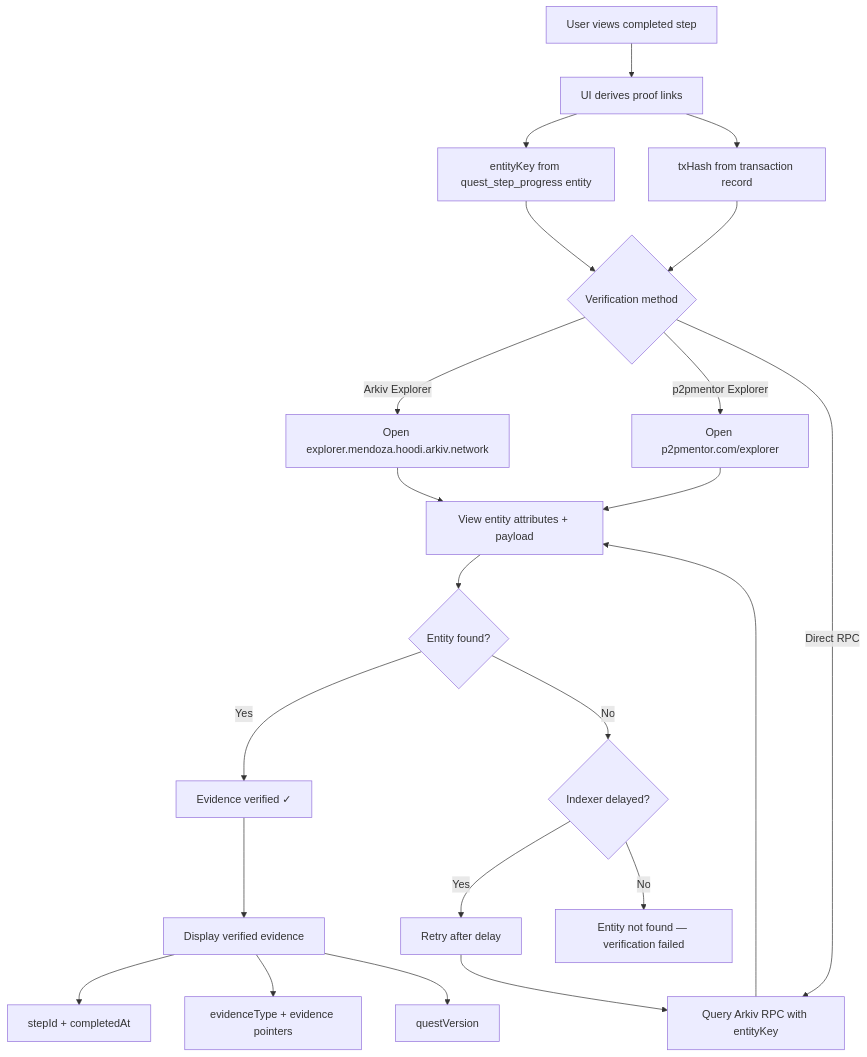
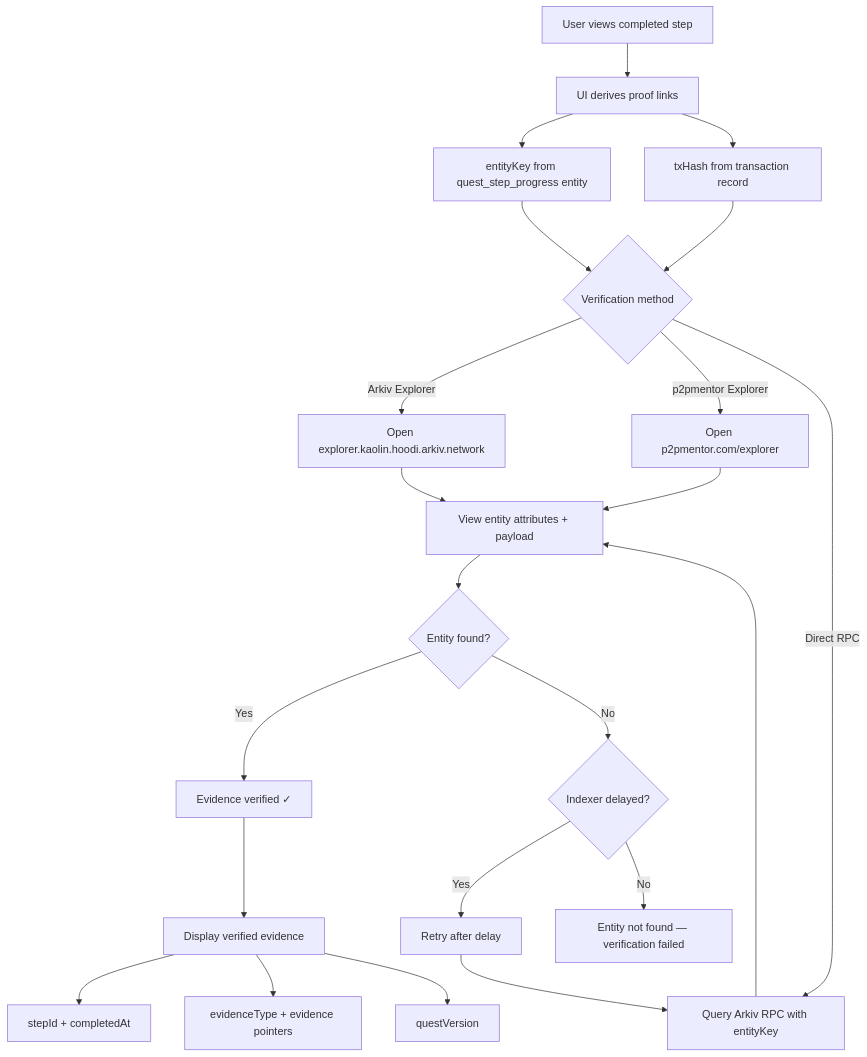
The diagram in docs/betadocs/arkiv/flows/evidence-verification-flow.md (understories/p2pmentor), drawn with Mermaid before and after one commit. The commit also changed other lines of this file and 10 other files, not shown here.

Commit message:
docs: update Mendoza references to Kaolin in documentation files

````diff
--- a/docs/betadocs/arkiv/flows/evidence-verification-flow.md
+++ b/docs/betadocs/arkiv/flows/evidence-verification-flow.md
@@ -9,30 +9,30 @@
 ```mermaid
 flowchart TD
     A["User views completed step"] --> B["UI derives proof links"]
     B --> B1["entityKey from quest_step_progress entity"]
     B --> B2["txHash from transaction record"]
 
     B1 --> C{"Verification method"}
     B2 --> C
 
-    C -->|"Arkiv Explorer"| D["Open explorer.mendoza.hoodi.arkiv.network"]
+    C -->|"Arkiv Explorer"| D["Open explorer.kaolin.hoodi.arkiv.network"]
     C -->|"p2pmentor Explorer"| E["Open p2pmentor.com/explorer"]
     C -->|"Direct RPC"| F["Query Arkiv RPC with entityKey"]
 
     D --> G["View entity attributes + payload"]
     E --> G
     F --> G
 
     G --> H{"Entity found?"}
     H -->|Yes| I["Evidence verified ✓"]
     H -->|No| J{"Indexer delayed?"}
 
     J -->|Yes| K["Retry after delay"]
     K --> F
     J -->|No| L["Entity not found — verification failed"]
 
     I --> M["Display verified evidence"]
     M --> M1["stepId + completedAt"]
     M --> M2["evidenceType + evidence pointers"]
     M --> M3["questVersion"]
 ```
````
